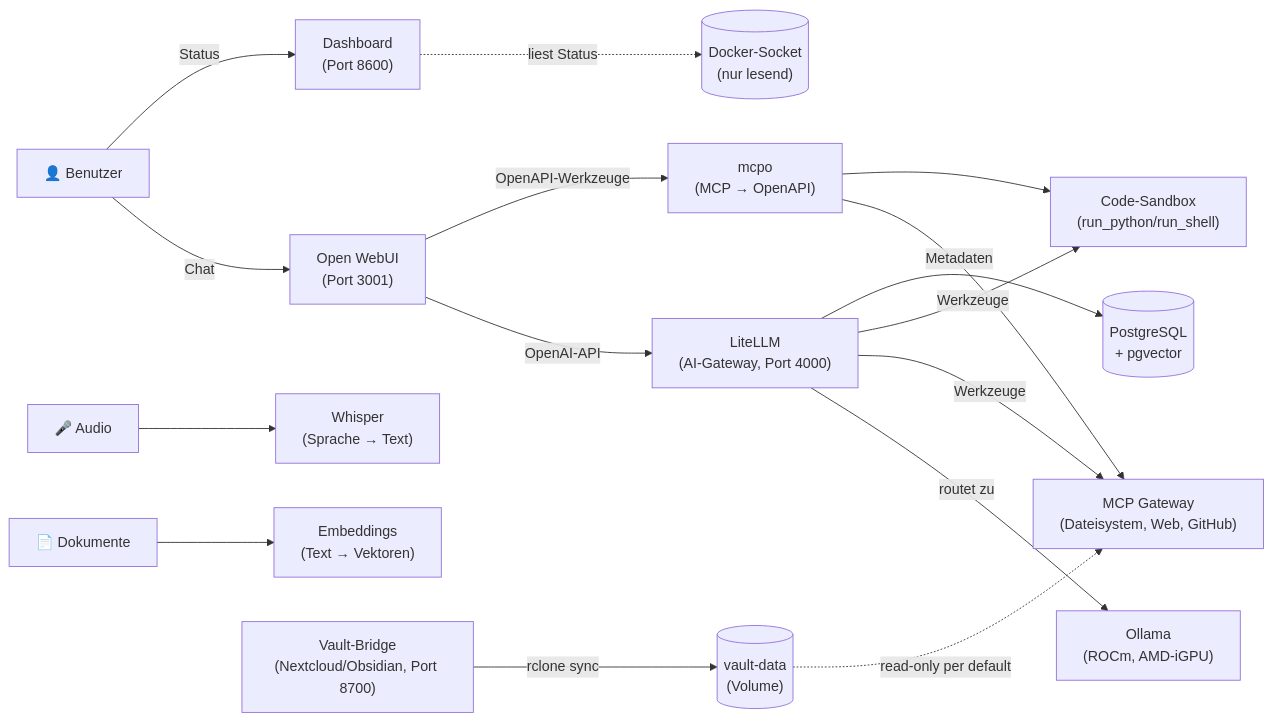
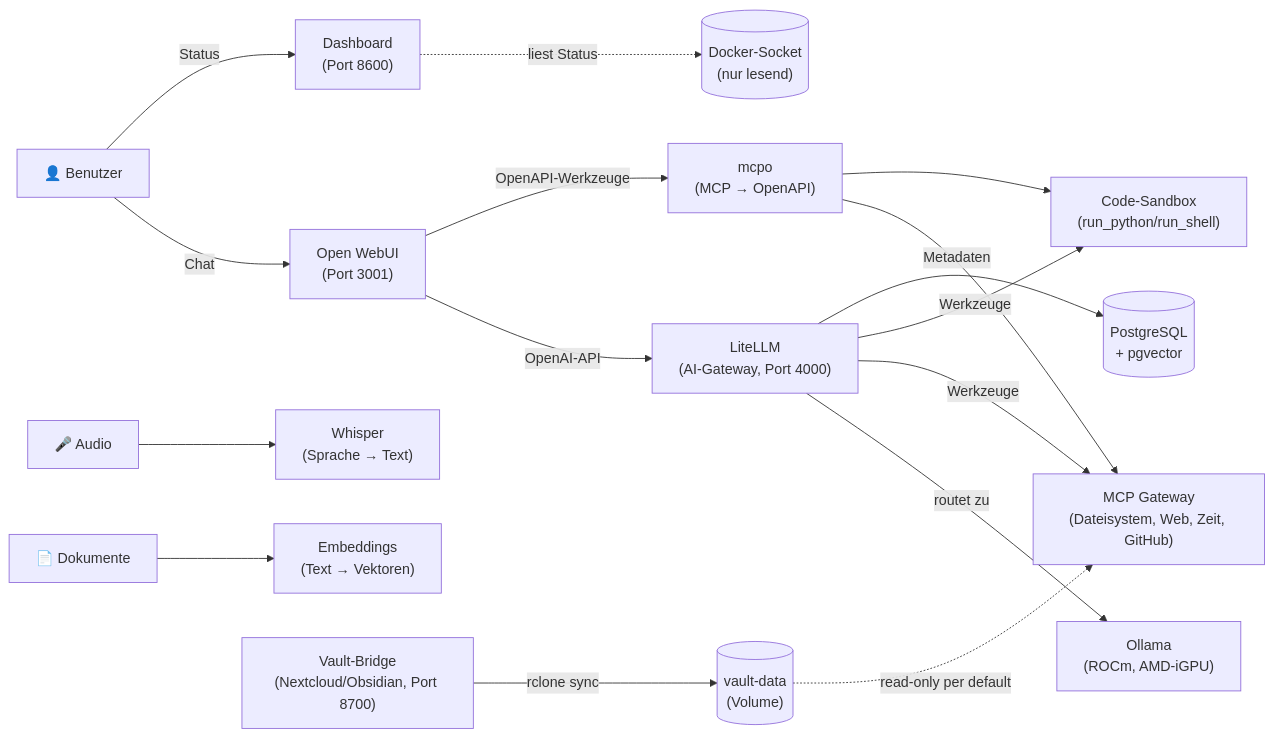
One commit to derBerliner1983/self-hosted-llm-stack changed the first of 2 diagrams in README.md. Above: the diagram before and after it, drawn with Mermaid. The commit also changed other lines of this file and 4 other files, not shown here.

````diff
--- a/README.md
+++ b/README.md
@@ -84,18 +84,18 @@
 ```mermaid
 graph LR
     U["👤 Benutzer"] -->|Chat| W["Open WebUI<br/>(Port 3001)"]
     U -->|Status| DASH["Dashboard<br/>(Port 8600)"]
     W -->|OpenAI-API| L["LiteLLM<br/>(AI-Gateway, Port 4000)"]
     W -->|OpenAPI-Werkzeuge| MO["mcpo<br/>(MCP → OpenAPI)"]
     L -->|routet zu| O["Ollama<br/>(ROCm, AMD-iGPU)"]
-    L -->|Werkzeuge| M["MCP Gateway<br/>(Dateisystem, Web, GitHub)"]
+    L -->|Werkzeuge| M["MCP Gateway<br/>(Dateisystem, Web, Zeit, GitHub)"]
     L -->|Werkzeuge| S["Code-Sandbox<br/>(run_python/run_shell)"]
     MO --> M
     MO --> S
     L -->|Metadaten| DB[("PostgreSQL<br/>+ pgvector")]
     A["🎤 Audio"] --> WH["Whisper<br/>(Sprache → Text)"]
     D["📄 Dokumente"] --> E["Embeddings<br/>(Text → Vektoren)"]
     DASH -.->|liest Status| SOCK[("Docker-Socket<br/>(nur lesend)")]
     VB["Vault-Bridge<br/>(Nextcloud/Obsidian, Port 8700)"] -->|rclone sync| VD[("vault-data<br/>(Volume)")]
     VD -.->|read-only per default| M
 ```
````
